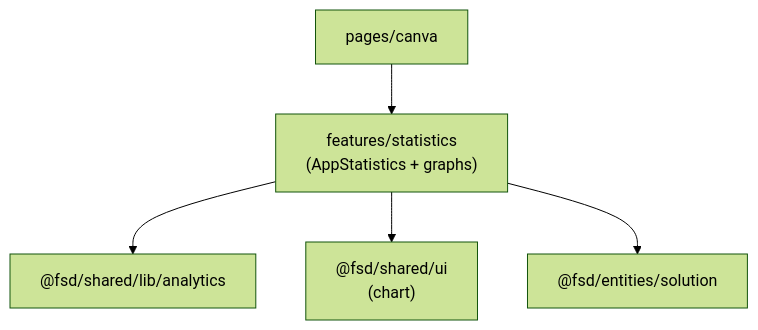
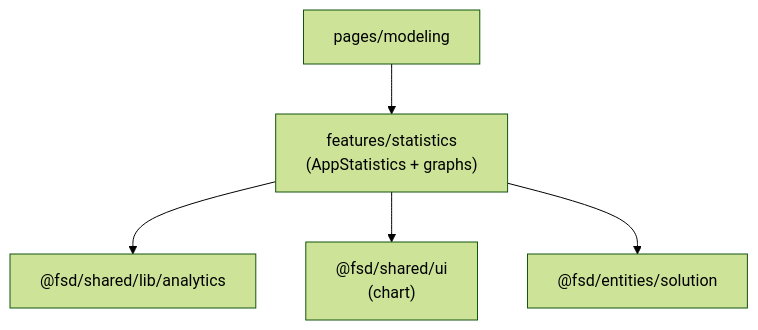
Before and after one commit to QOLQA/DBCapibara-next: the eighth of 10 diagrams in docs/architecture/frontend-fsd-architecture.md, drawn with Mermaid (forest theme). The commit also changed other lines of this file and 16 other files, not shown here.

Commit message:
refactor(frontend): modeling layout unificado y página canva → modeling

````diff
--- a/docs/architecture/frontend-fsd-architecture.md
+++ b/docs/architecture/frontend-fsd-architecture.md
@@ -246,7 +247,7 @@
 ```mermaid
 flowchart TB
-  pageCanva["pages/canva"] --> featStatistics["features/statistics\n(AppStatistics + graphs)"]
+  pageCanva["pages/modeling"] --> featStatistics["features/statistics\n(AppStatistics + graphs)"]
   featStatistics --> sharedLibAnalytics["@fsd/shared/lib/analytics"]
   featStatistics --> sharedUi["@fsd/shared/ui\n(chart)"]
   featStatistics --> entSolution["@fsd/entities/solution"]
 ```
````
